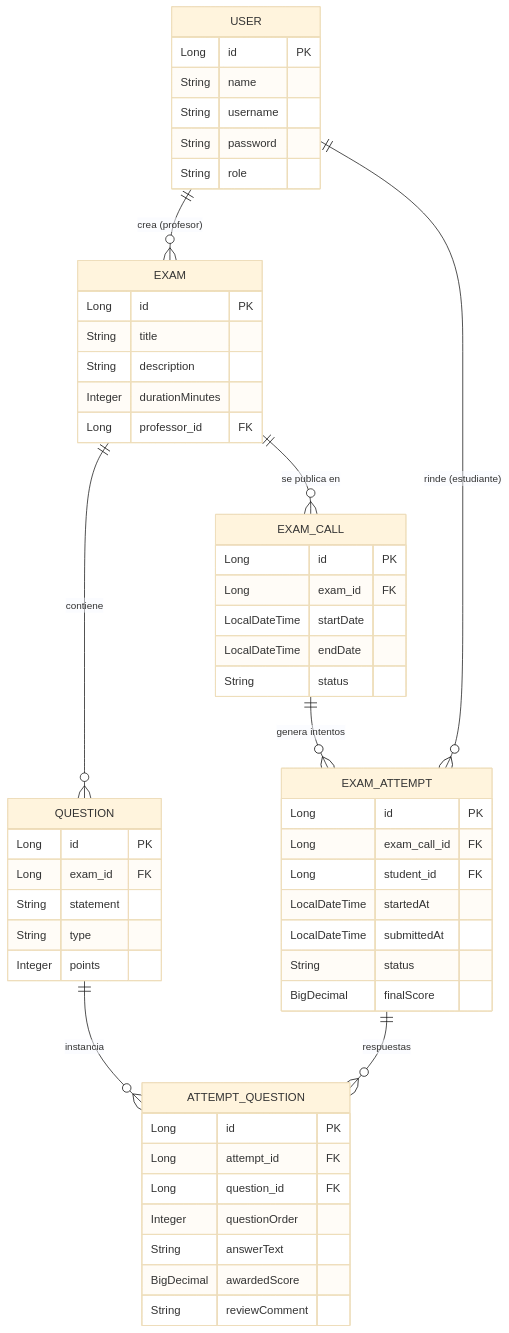
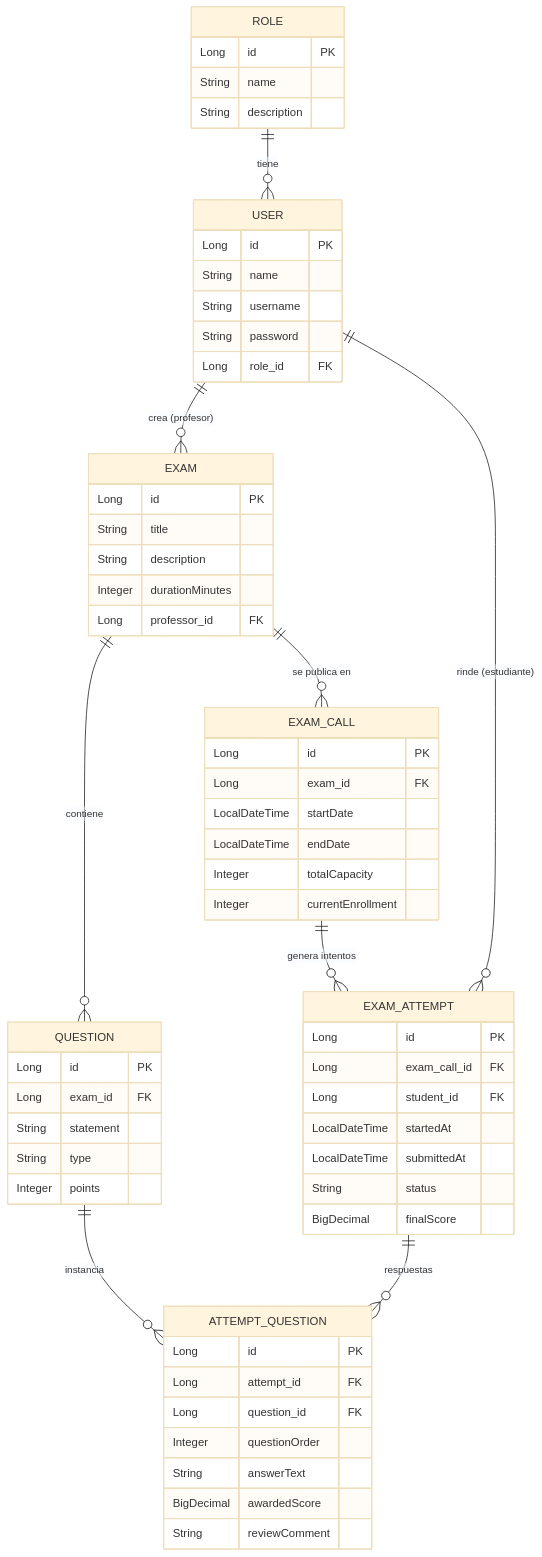
Before and after one commit to lucianodiamand/taller4_sistema_examenes: the first of 2 diagrams in README.md, drawn with Mermaid (base theme). The commit also changed 3 other files, not shown here.

````diff
--- a/README.md
+++ b/README.md
@@ -100,62 +100,70 @@
 ```mermaid
 erDiagram
+    ROLE {
+        Long id PK
+        String name
+        String description
+    }
+
     USER {
         Long id PK
         String name
         String username
         String password
-        String role
+        Long role_id FK
     }
 
     EXAM {
         Long id PK
         String title
         String description
         Integer durationMinutes
         Long professor_id FK
     }
 
     QUESTION {
         Long id PK
         Long exam_id FK
         String statement
         String type
         Integer points
     }
 
     EXAM_CALL {
         Long id PK
         Long exam_id FK
         LocalDateTime startDate
         LocalDateTime endDate
-        String status
+        Integer totalCapacity
+        Integer currentEnrollment
     }
 
     EXAM_ATTEMPT {
         Long id PK
         Long exam_call_id FK
         Long student_id FK
         LocalDateTime startedAt
         LocalDateTime submittedAt
         String status
         BigDecimal finalScore
     }
 
     ATTEMPT_QUESTION {
         Long id PK
         Long attempt_id FK
         Long question_id FK
         Integer questionOrder
         String answerText
         BigDecimal awardedScore
         String reviewComment
     }
 
+    ROLE ||--o{ USER : "tiene"
     USER ||--o{ EXAM : "crea (profesor)"
     EXAM ||--o{ QUESTION : "contiene"
     EXAM ||--o{ EXAM_CALL : "se publica en"
     EXAM_CALL ||--o{ EXAM_ATTEMPT : "genera intentos"
     USER ||--o{ EXAM_ATTEMPT : "rinde (estudiante)"
     EXAM_ATTEMPT ||--o{ ATTEMPT_QUESTION : "respuestas"
     QUESTION ||--o{ ATTEMPT_QUESTION : "instancia"
 ```
````
